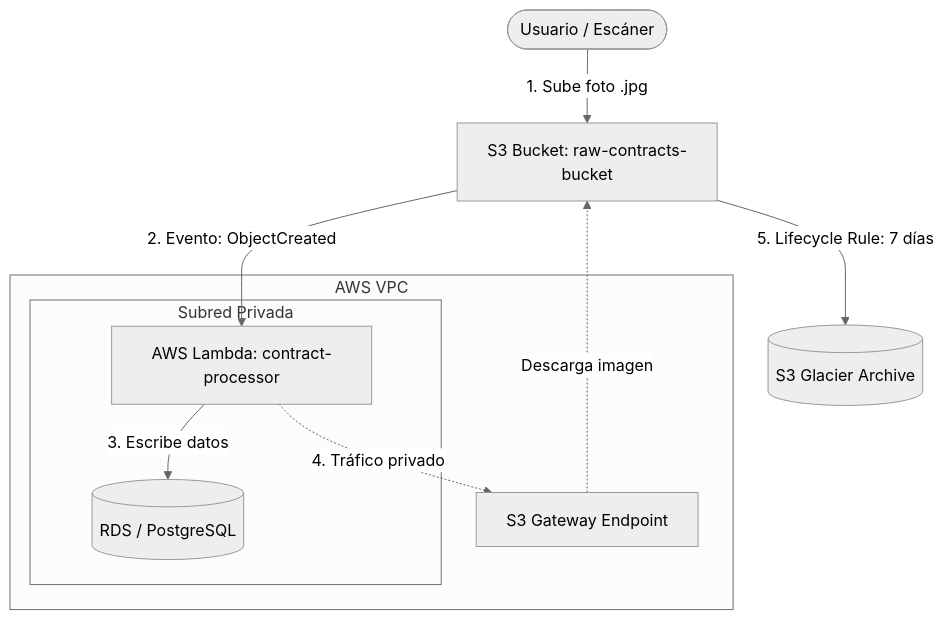
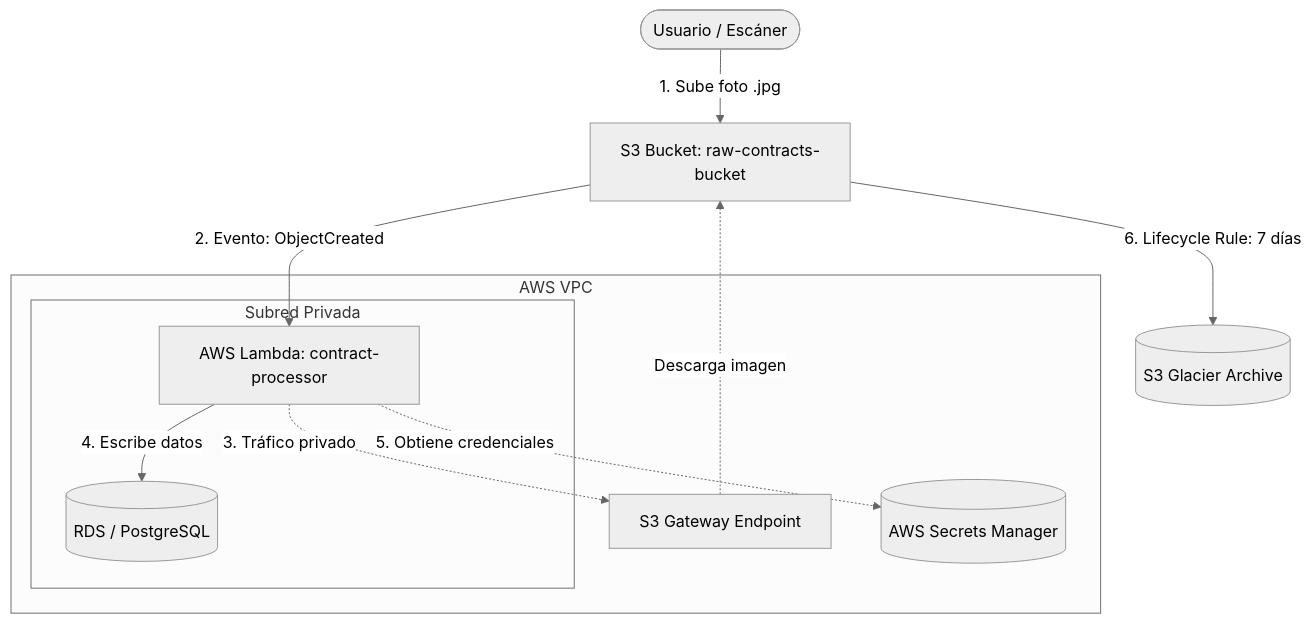
One commit to felincre/proyecto-final changed the diagram in docs/architecture.md. Above: the diagram before and after it, drawn with Mermaid (neutral theme). The commit also changed other lines of this file, not shown here.

Commit message:
docs: agregar AWS Secrets Manager al diagrama y componentes de arquitectura

````diff
--- a/docs/architecture.md
+++ b/docs/architecture.md
@@ -5,17 +5,18 @@
 ```mermaid
 graph TD
     User([Usuario / Escáner]) -->|1. Sube foto .jpg| S3Raw[S3 Bucket: raw-contracts-bucket]
     S3Raw -->|2. Evento: ObjectCreated| Lambda[AWS Lambda: contract-processor]
     
     subgraph VPC [AWS VPC]
         subgraph SubnetPrivada [Subred Privada]
             Lambda
             RDS[(RDS / PostgreSQL)]
         end
-        Lambda -->|3. Escribe datos| RDS
-        Lambda -.->|4. Tráfico privado| S3Endpoint[S3 Gateway Endpoint]
+        Lambda -->|4. Escribe datos| RDS
+        Lambda -.->|3. Tráfico privado| S3Endpoint[S3 Gateway Endpoint]
+        Lambda -.->|5. Obtiene credenciales| SecretsMgr[(AWS Secrets Manager)]
     end
     
     S3Endpoint -.->|Descarga imagen| S3Raw
-    S3Raw -->|5. Lifecycle Rule: 7 días| Glacier[(S3 Glacier Archive)]
+    S3Raw -->|6. Lifecycle Rule: 7 días| Glacier[(S3 Glacier Archive)]
 ```
````
